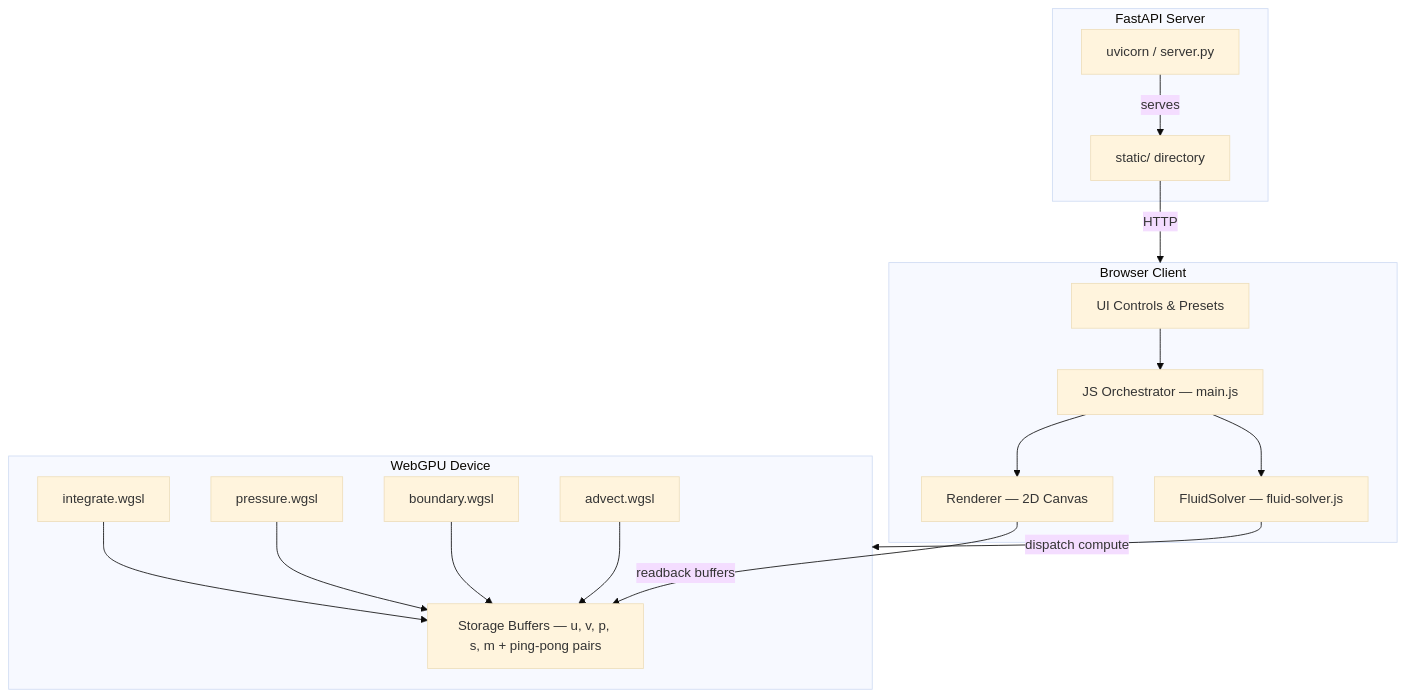
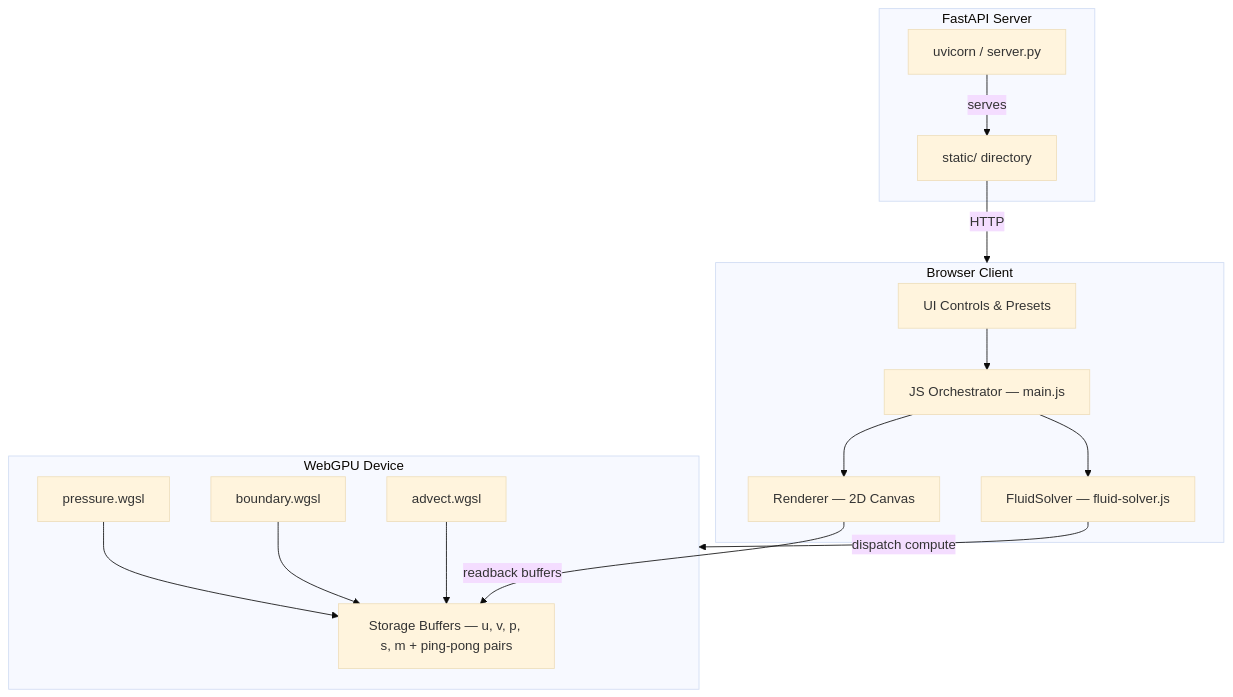
The diagram in docs/README.md (palsagar/webgpu-fluid-solver), drawn with Mermaid (base theme) before and after one commit. The commit also changed 4 other files, not shown here.

````diff
--- a/docs/README.md
+++ b/docs/README.md
@@ -7,34 +7,32 @@
 ```mermaid
 graph TD
     subgraph Server["FastAPI Server"]
         S1[uvicorn / server.py]
         S2[static/ directory]
         S1 -->|serves| S2
     end
 
     subgraph Browser["Browser Client"]
         UI[UI Controls & Presets]
         Orch[JS Orchestrator — main.js]
         Sim[FluidSolver — fluid-solver.js]
         Ren[Renderer — 2D Canvas]
         UI --> Orch
         Orch --> Sim
         Orch --> Ren
     end
 
     subgraph GPU["WebGPU Device"]
         B[Storage Buffers — u, v, p, s, m + ping-pong pairs]
-        C1[integrate.wgsl]
         C2[pressure.wgsl]
         C3[boundary.wgsl]
         C4[advect.wgsl]
-        C1 --> B
         C2 --> B
         C3 --> B
         C4 --> B
     end
 
     S2 -->|HTTP| Browser
     Sim -->|dispatch compute| GPU
     Ren -->|readback buffers| B
 ```
````
